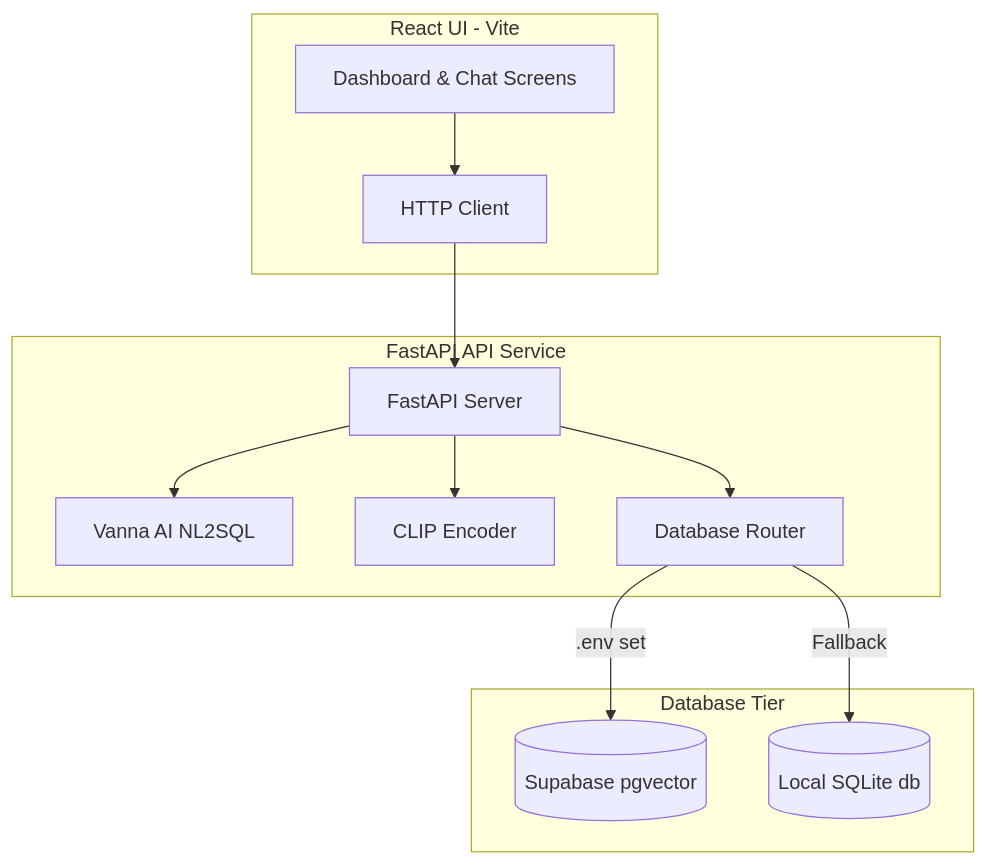
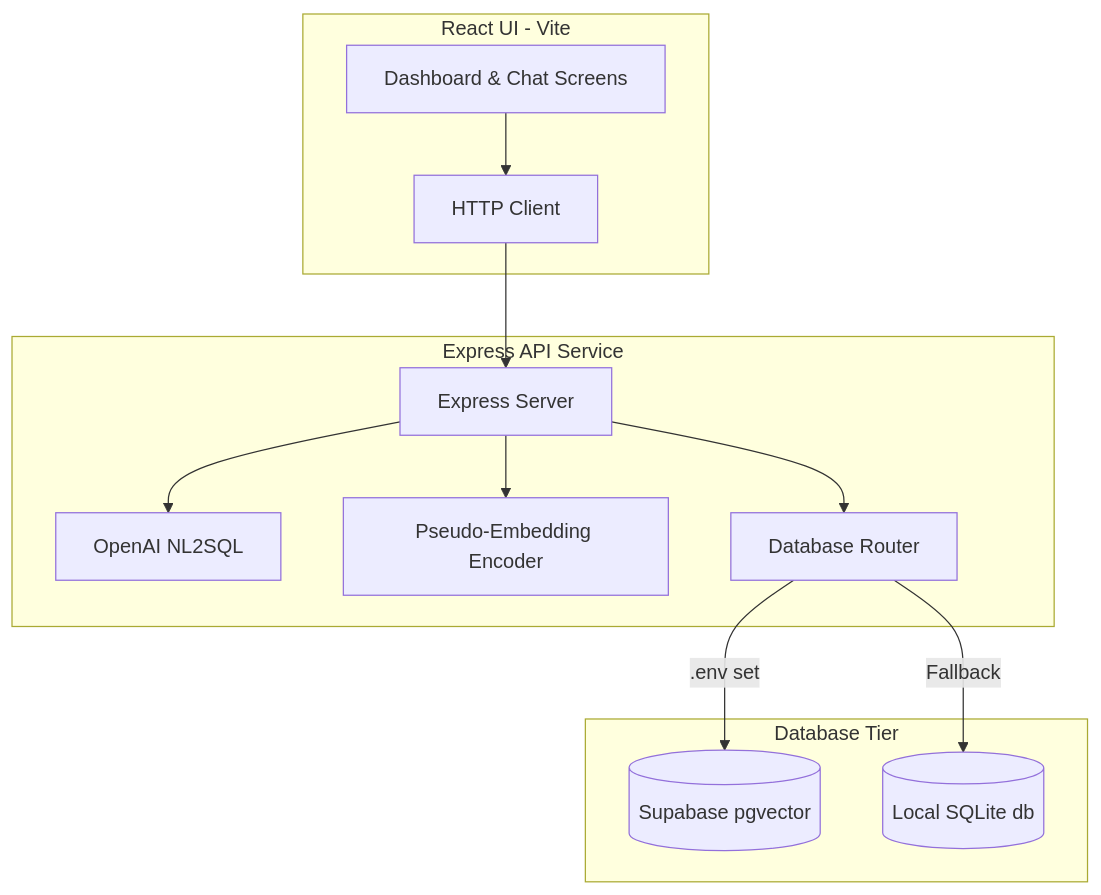
Before and after one commit to lakshdutta/WFX_ERP: the diagram in README.md, drawn with Mermaid. The commit also changed other lines of this file and 1 other file, not shown here.

Commit message:
updated specifications in node.js/express

````diff
--- a/README.md
+++ b/README.md
@@ -11,18 +11,18 @@
 ```mermaid
 graph TD
     subgraph Frontend [React UI - Vite]
         UI[Dashboard & Chat Screens] --> API_Client[HTTP Client]
     end
     
-    subgraph Backend [FastAPI API Service]
-        API_Client --> CORS[FastAPI Server]
-        CORS --> NL2SQL[Vanna AI NL2SQL]
-        CORS --> CLIP[CLIP Encoder]
+    subgraph Backend [Express API Service]
+        API_Client --> CORS[Express Server]
+        CORS --> NL2SQL[OpenAI NL2SQL]
+        CORS --> CLIP[Pseudo-Embedding Encoder]
         CORS --> DB_Router[Database Router]
     end
     
     subgraph Storage [Database Tier]
         DB_Router -- ".env set" --> Supabase[(Supabase pgvector)]
         DB_Router -- "Fallback" --> SQLite[(Local SQLite db)]
     end
 ```
````
